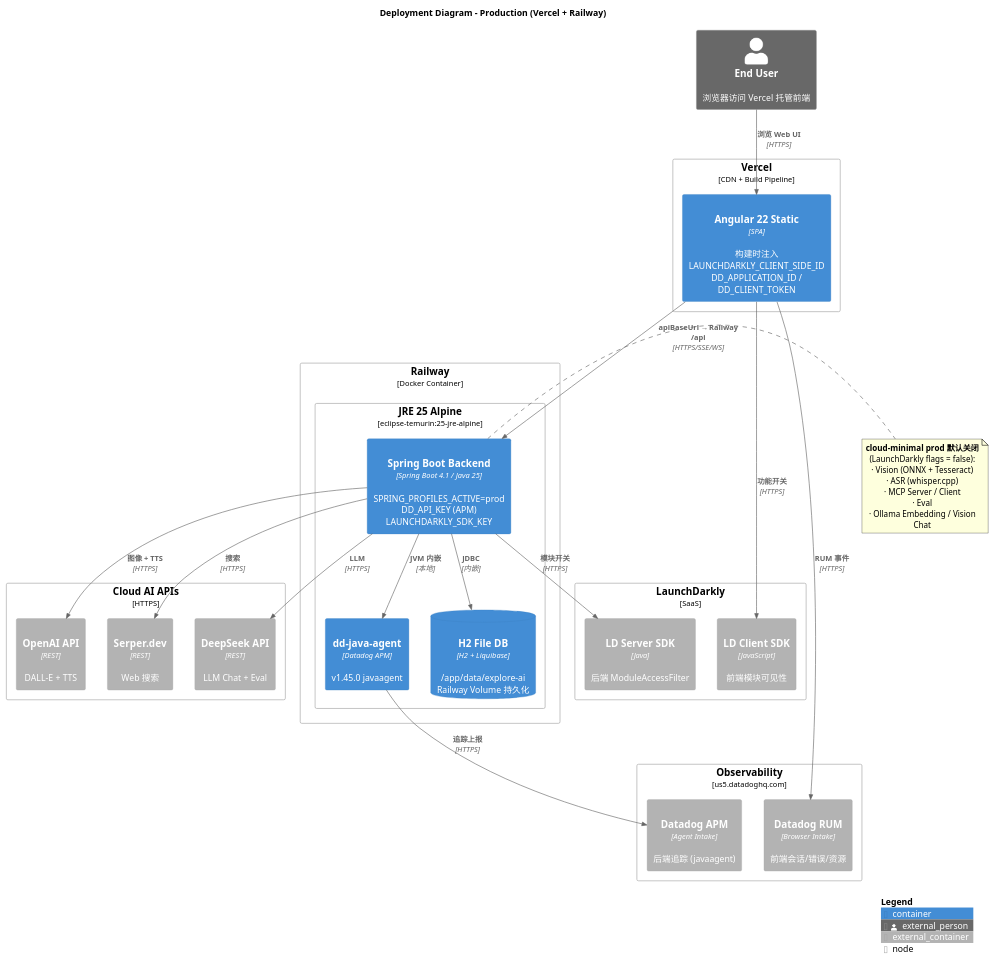
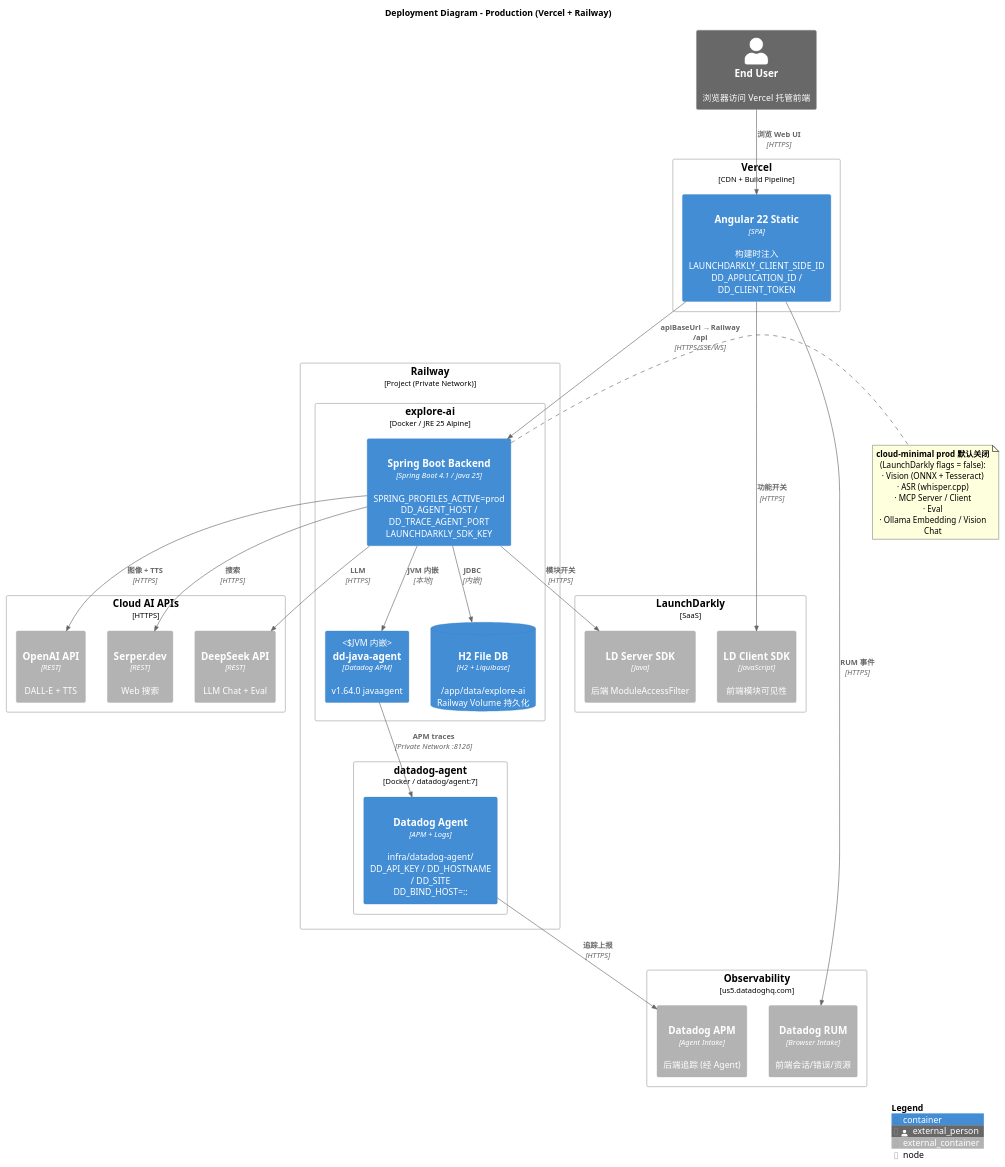
Before and after one commit to felixzhu97/explore-ai: the diagram in docs/c4/C4-Deployment-Production.puml, drawn with PlantUML. The commit also changed 8 other files, not shown here.

First line of the commit message:
docs: align C4 production diagram with Datadog Agent

```diff
--- a/docs/c4/C4-Deployment-Production.puml
+++ b/docs/c4/C4-Deployment-Production.puml
@@ -1,66 +1,70 @@
 @startuml C4-Deployment-Production
 !include https://raw.githubusercontent.com/plantuml-stdlib/C4-PlantUML/master/C4_Deployment.puml
 
 LAYOUT_WITH_LEGEND()
 
 title Deployment Diagram - Production (Vercel + Railway)
 
 Person_Ext(user, "End User", "浏览器访问 Vercel 托管前端")
 
 Deployment_Node(vercel, "Vercel", "CDN + Build Pipeline") {
     Container(angular_static, "Angular 22 Static", "SPA", "构建时注入\nLAUNCHDARKLY_CLIENT_SIDE_ID\nDD_APPLICATION_ID / DD_CLIENT_TOKEN", "HTTPS")
 }
 
-Deployment_Node(railway, "Railway", "Docker Container") {
-    Deployment_Node(java_runtime, "JRE 25 Alpine", "eclipse-temurin:25-jre-alpine") {
-        Container(backend, "Spring Boot Backend", "Spring Boot 4.1 / Java 25", "SPRING_PROFILES_ACTIVE=prod\nDD_API_KEY (APM)\nLAUNCHDARKLY_SDK_KEY", "8080")
-        Container(dd_agent, "dd-java-agent", "Datadog APM", "v1.45.0 javaagent", "内嵌")
+Deployment_Node(railway, "Railway", "Project (Private Network)") {
+    Deployment_Node(explore_ai_svc, "explore-ai", "Docker / JRE 25 Alpine") {
+        Container(backend, "Spring Boot Backend", "Spring Boot 4.1 / Java 25", "SPRING_PROFILES_ACTIVE=prod\nDD_AGENT_HOST / DD_TRACE_AGENT_PORT\nLAUNCHDARKLY_SDK_KEY", "8080")
+        Container(dd_javaagent, "dd-java-agent", "Datadog APM", "v1.64.0 javaagent", "JVM 内嵌")
         ContainerDb(h2_volume, "H2 File DB", "H2 + Liquibase", "/app/data/explore-ai\nRailway Volume 持久化", "内嵌")
+    }
+    Deployment_Node(datadog_agent_svc, "datadog-agent", "Docker / datadog/agent:7") {
+        Container(dd_agent, "Datadog Agent", "APM + Logs", "infra/datadog-agent/\nDD_API_KEY / DD_HOSTNAME / DD_SITE\nDD_BIND_HOST=::", "8126")
     }
 }
 
 Deployment_Node(observability, "Observability", "us5.datadoghq.com") {
     Container_Ext(datadog_rum, "Datadog RUM", "Browser Intake", "前端会话/错误/资源", "HTTPS")
-    Container_Ext(datadog_apm, "Datadog APM", "Agent Intake", "后端追踪 (javaagent)", "HTTPS")
+    Container_Ext(datadog_apm, "Datadog APM", "Agent Intake", "后端追踪 (经 Agent)", "HTTPS")
 }
 
 Deployment_Node(feature_flags, "LaunchDarkly", "SaaS") {
     Container_Ext(ld_client, "LD Client SDK", "JavaScript", "前端模块可见性", "HTTPS")
     Container_Ext(ld_server, "LD Server SDK", "Java", "后端 ModuleAccessFilter", "HTTPS")
 }
 
 Deployment_Node(cloud_ai, "Cloud AI APIs", "HTTPS") {
     Container_Ext(deepseek_api, "DeepSeek API", "REST", "LLM Chat + Eval", "HTTPS")
     Container_Ext(openai_api, "OpenAI API", "REST", "DALL-E + TTS", "HTTPS")
     Container_Ext(serper_api, "Serper.dev", "REST", "Web 搜索", "HTTPS")
 }
 
 ' ============================================================
 ' RELATIONSHIPS
 ' ============================================================
 Rel(user, angular_static, "浏览 Web UI", "HTTPS")
 Rel(angular_static, backend, "apiBaseUrl → Railway /api", "HTTPS/SSE/WS")
 Rel(angular_static, datadog_rum, "RUM 事件", "HTTPS")
 Rel(angular_static, ld_client, "功能开关", "HTTPS")
 
 Rel(backend, h2_volume, "JDBC", "内嵌")
-Rel(backend, dd_agent, "JVM 内嵌", "本地")
+Rel(backend, dd_javaagent, "JVM 内嵌", "本地")
+Rel(dd_javaagent, dd_agent, "APM traces", "Private Network :8126")
 Rel(dd_agent, datadog_apm, "追踪上报", "HTTPS")
 Rel(backend, ld_server, "模块开关", "HTTPS")
 
 Rel(backend, deepseek_api, "LLM", "HTTPS")
 Rel(backend, openai_api, "图像 + TTS", "HTTPS")
 Rel(backend, serper_api, "搜索", "HTTPS")
 
 note right of backend
   **cloud-minimal prod 默认关闭**
   (LaunchDarkly flags = false):
   · Vision (ONNX + Tesseract)
   · ASR (whisper.cpp)
   · MCP Server / Client
   · Eval
   · Ollama Embedding / Vision Chat
 end note
 
 SHOW_LEGEND()
 @enduml
```
